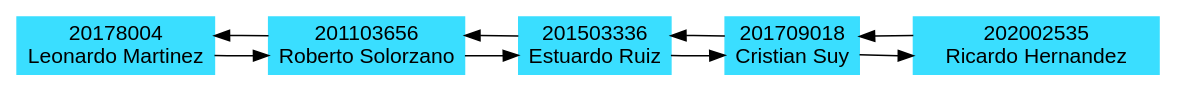
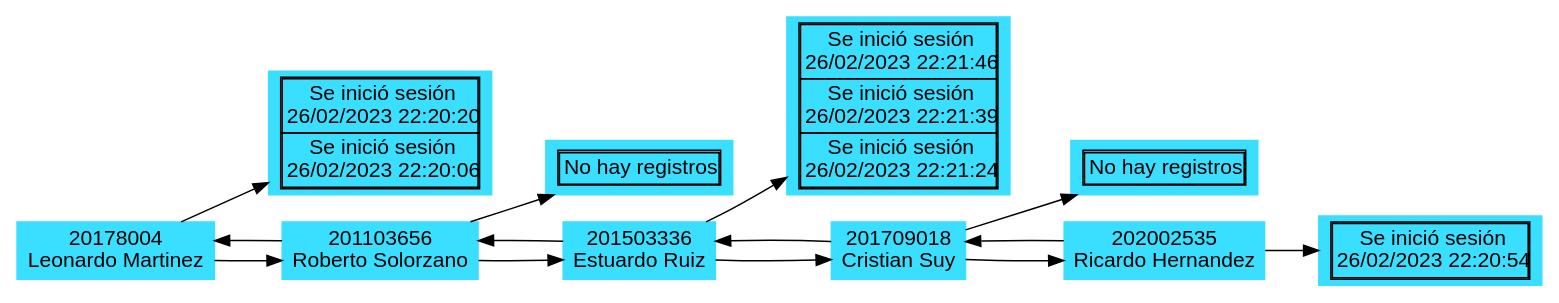
Before and after one commit to robinbuezo11/EDD_1S2023_PY_201944994: the diagram in EDD_Proyecto1_Fase1/Estudiantes(Doble Enlazada).dot, drawn with Graphviz. The commit also changed 6 other files, not shown here.

```diff
--- a/EDD_Proyecto1_Fase1/Estudiantes(Doble Enlazada).dot
+++ b/EDD_Proyecto1_Fase1/Estudiantes(Doble Enlazada).dot
@@ -1,11 +1,24 @@
 digraph G {
 node[shape=rectangle style=filled pencolor="#00000" color="#3ADEFF" fontname="Helvetica,Arial"];
 rankdir=LR;
 N0[label="20178004\nLeonardo Martinez"];
+B0[label=<<table cellspacing="0"><tr><td>Se inició sesión<br/>26/02/2023 22:20:20</td></tr>
+<tr><td>Se inició sesión<br/>26/02/2023 22:20:06</td></tr></table>>]
 N1[label="201103656\nRoberto Solorzano"];
+B1[label=<<table cellspacing="0"><tr><td>No hay registros</td></tr></table>>]
 N2[label="201503336\nEstuardo Ruiz"];
+B2[label=<<table cellspacing="0"><tr><td>Se inició sesión<br/>26/02/2023 22:21:46</td></tr>
+<tr><td>Se inició sesión<br/>26/02/2023 22:21:39</td></tr>
+<tr><td>Se inició sesión<br/>26/02/2023 22:21:24</td></tr></table>>]
 N3[label="201709018\nCristian Suy"];
-N4[label="202002535\n	Ricardo Hernandez"];
+B3[label=<<table cellspacing="0"><tr><td>No hay registros</td></tr></table>>]
+N4[label="202002535\nRicardo Hernandez"];
+B4[label=<<table cellspacing="0"><tr><td>Se inició sesión<br/>26/02/2023 22:20:54</td></tr></table>>]
 N0->N1->N2->N3->N4
 N4->N3->N2->N1->N0
+N0-> B0
+N1-> B1
+N2-> B2
+N3-> B3
+N4-> B4
 }
```
